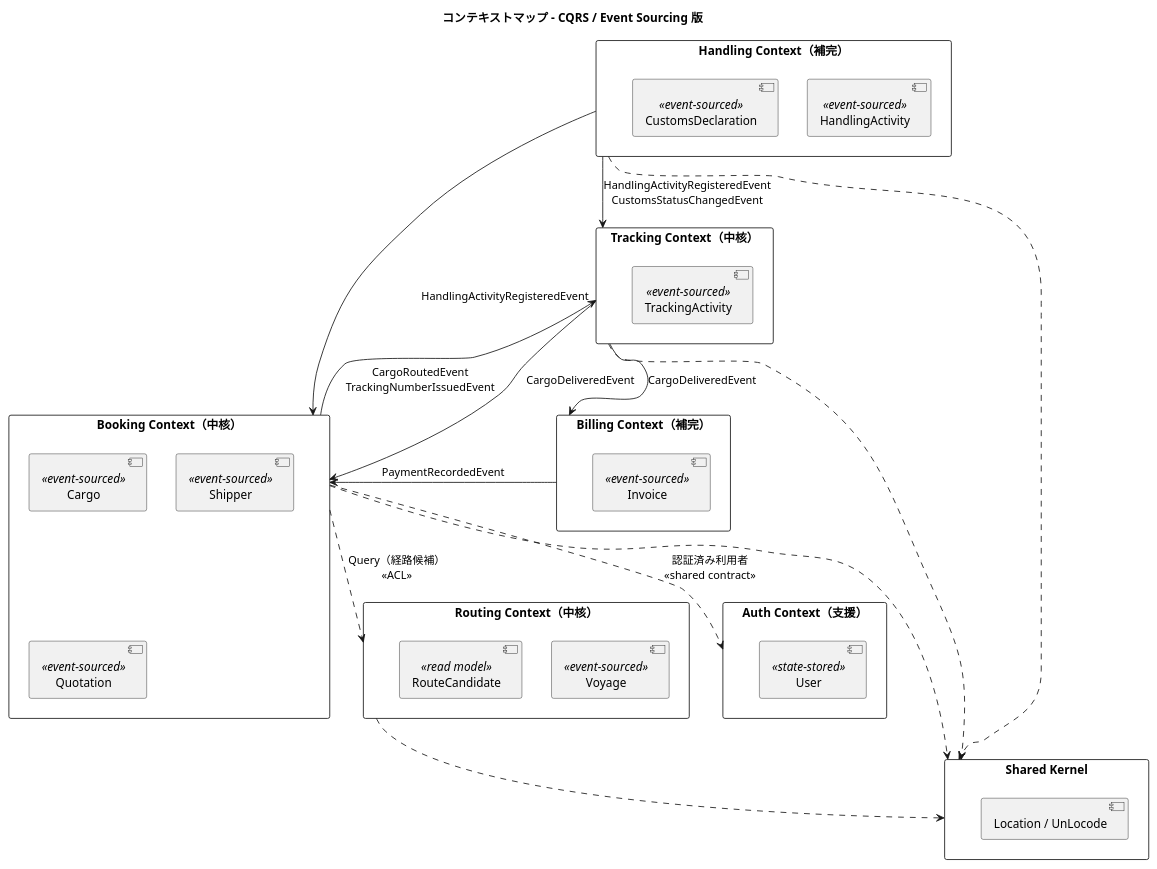
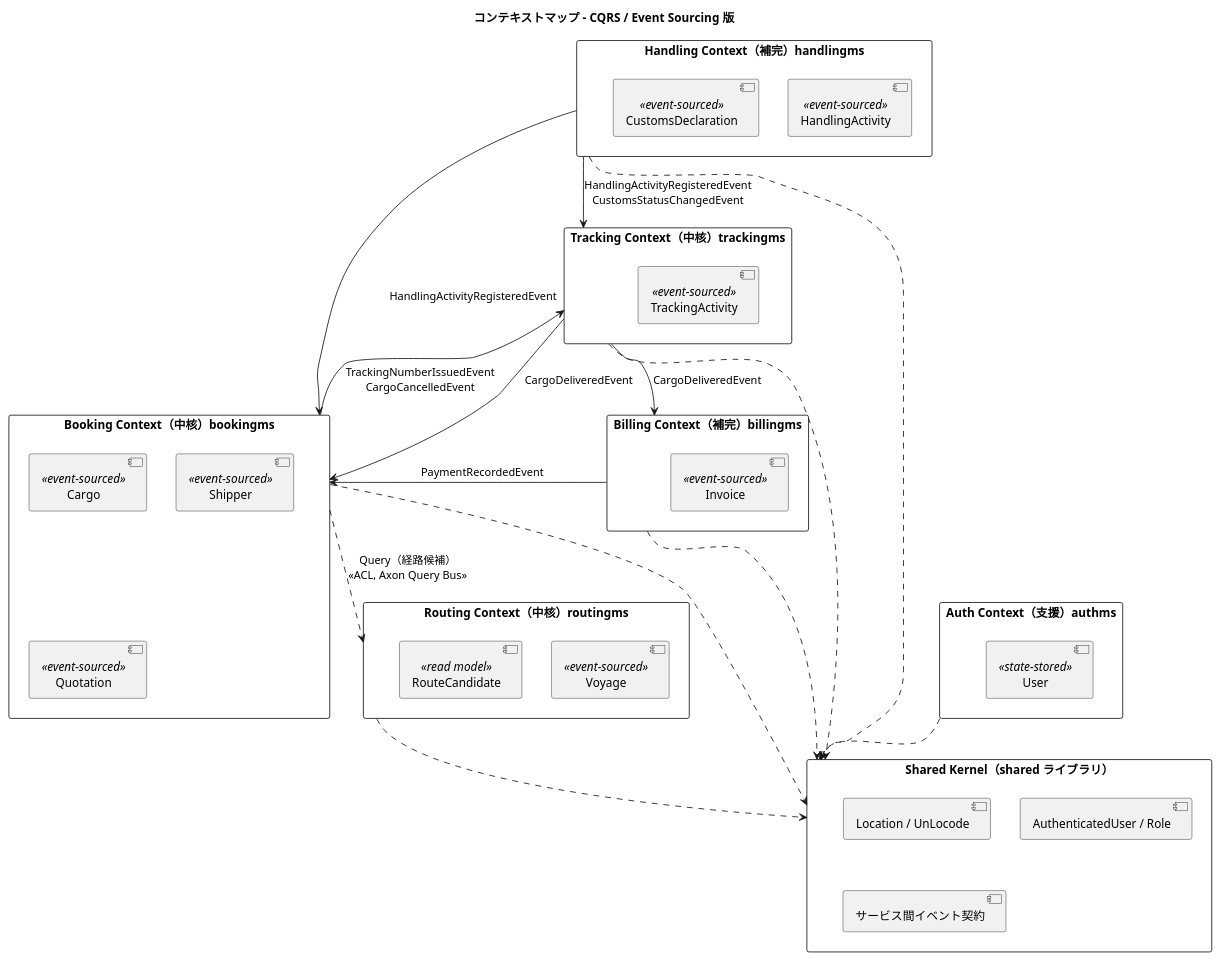
The second of 5 diagrams in docs/design/cargo-tracker/architecture_backend.md (k2works/case-study-cargo-tracker), drawn with PlantUML before and after one commit. The commit also changed other lines of this file and 7 other files, not shown here.

````diff
--- a/docs/design/cargo-tracker/architecture_backend.md
+++ b/docs/design/cargo-tracker/architecture_backend.md
@@ -155,46 +170,49 @@
 ```plantuml
 @startuml
 title コンテキストマップ - CQRS / Event Sourcing 版
 
 skinparam packageStyle rectangle
 
-package "Booking Context（中核）" as booking {
+package "Booking Context（中核）bookingms" as booking {
   [Cargo] <<event-sourced>>
   [Shipper] <<event-sourced>>
   [Quotation] <<event-sourced>>
 }
-package "Routing Context（中核）" as routing {
+package "Routing Context（中核）routingms" as routing {
   [Voyage] <<event-sourced>>
   [RouteCandidate] <<read model>>
 }
-package "Tracking Context（中核）" as tracking {
+package "Tracking Context（中核）trackingms" as tracking {
   [TrackingActivity] <<event-sourced>>
 }
-package "Handling Context（補完）" as handling {
+package "Handling Context（補完）handlingms" as handling {
   [HandlingActivity] <<event-sourced>>
   [CustomsDeclaration] <<event-sourced>>
 }
-package "Billing Context（補完）" as billing {
+package "Billing Context（補完）billingms" as billing {
   [Invoice] <<event-sourced>>
 }
-package "Auth Context（支援）" as auth {
+package "Auth Context（支援）authms" as auth {
   [User] <<state-stored>>
 }
-package "Shared Kernel" as shared {
+package "Shared Kernel（shared ライブラリ）" as shared {
   [Location / UnLocode]
+  [AuthenticatedUser / Role]
+  [サービス間イベント契約]
 }
 
-booking ..> routing : Query（経路候補）\n<<ACL>>
-booking --> tracking : CargoRoutedEvent\nTrackingNumberIssuedEvent
+booking ..> routing : Query（経路候補）\n<<ACL, Axon Query Bus>>
+booking --> tracking : TrackingNumberIssuedEvent\nCargoCancelledEvent
 handling --> tracking : HandlingActivityRegisteredEvent\nCustomsStatusChangedEvent
 handling --> booking : HandlingActivityRegisteredEvent
 tracking --> billing : CargoDeliveredEvent
 tracking --> booking : CargoDeliveredEvent
 billing --> booking : PaymentRecordedEvent
-booking ..> auth : 認証済み利用者\n<<shared contract>>
 booking ..> shared
 routing ..> shared
 tracking ..> shared
 handling ..> shared
+billing ..> shared
+auth ..> shared
 @enduml
 ```
````
